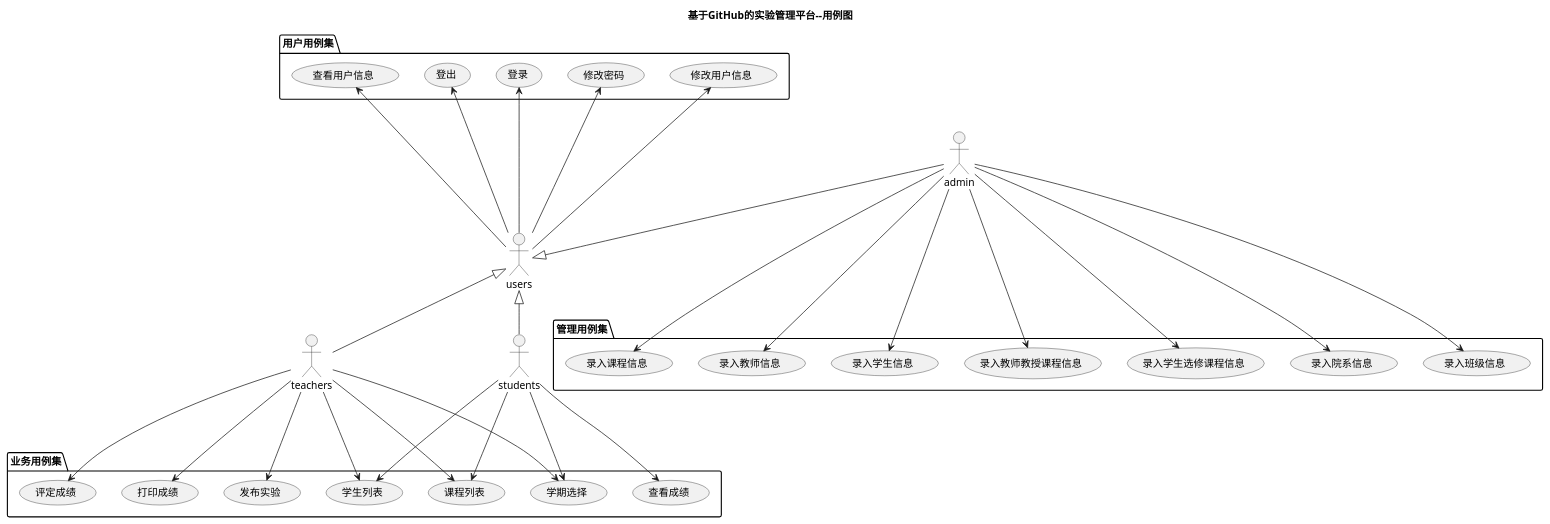
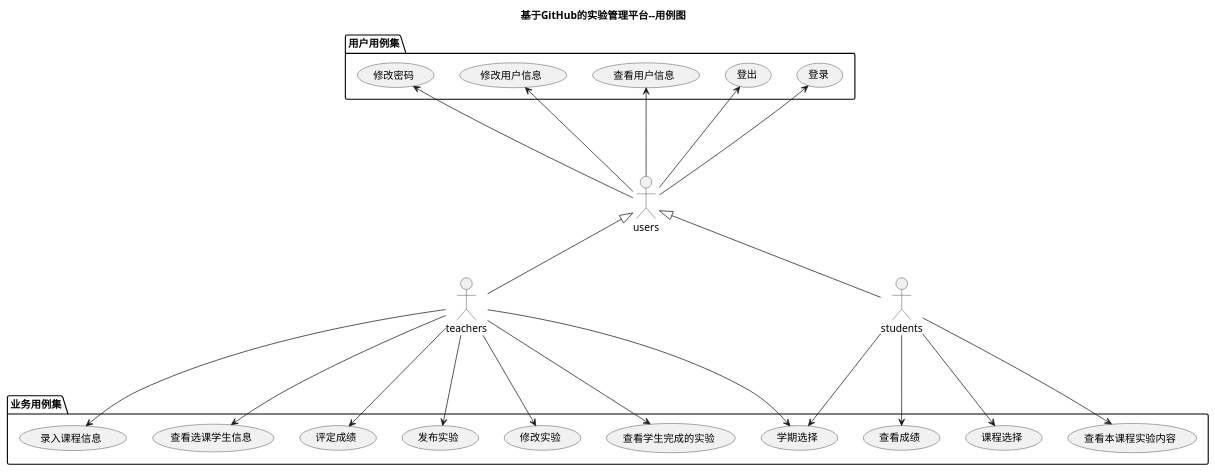
The diagram in test6/src/usecase.puml (zhangji123456/is_analysis), drawn with PlantUML before and after one commit. The commit also changed other lines of this file, not shown here.

```diff
--- a/test6/src/usecase.puml
+++ b/test6/src/usecase.puml
@@ -3,40 +5,31 @@
 @startuml
 title 基于GitHub的实验管理平台--用例图
 actor teachers
 actor students
 actor users
-actor admin
 users <|-- teachers
 users <|-- students
-users <|-up- admin
 
 package 用户用例集 {
 users --up-> (登录)
 users --up-> (登出)
 users --up-> (查看用户信息)
 users --up-> (修改用户信息)
 users --up-> (修改密码)
 }
 package 业务用例集 {
 teachers ---> (评定成绩)
-teachers ---> (打印成绩)
 teachers ---> (发布实验)
+teachers ---> (修改实验)
+teachers ---> (查看学生完成的实验)
 teachers ---> (学期选择)
-teachers ---> (课程列表)
-teachers ---> (学生列表)
-students ---> (学生列表)
+teachers ---> (录入课程信息)
+teachers ---> (查看选课学生信息)
+
+students ---> (学期选择)
+students ---> (课程选择)
+students ---> (查看本课程实验内容)
 students ---> (查看成绩)
-students ---> (学期选择)
-students ---> (课程列表)
-}
-package 管理用例集{
-admin ---> (录入院系信息)
-admin ---> (录入班级信息)
-admin ---> (录入课程信息)
-admin ---> (录入教师信息)
-admin ---> (录入学生信息)
-admin ---> (录入教师教授课程信息)
-admin ---> (录入学生选修课程信息)
 }
 
 @enduml
```
